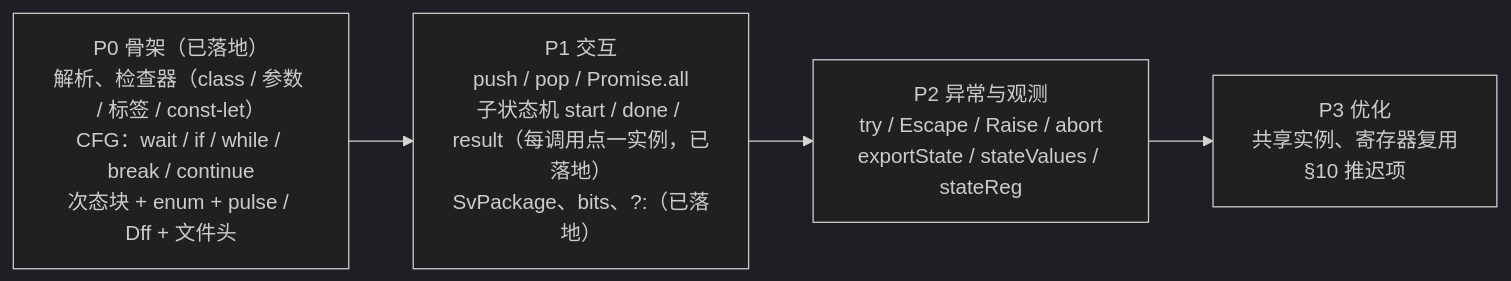
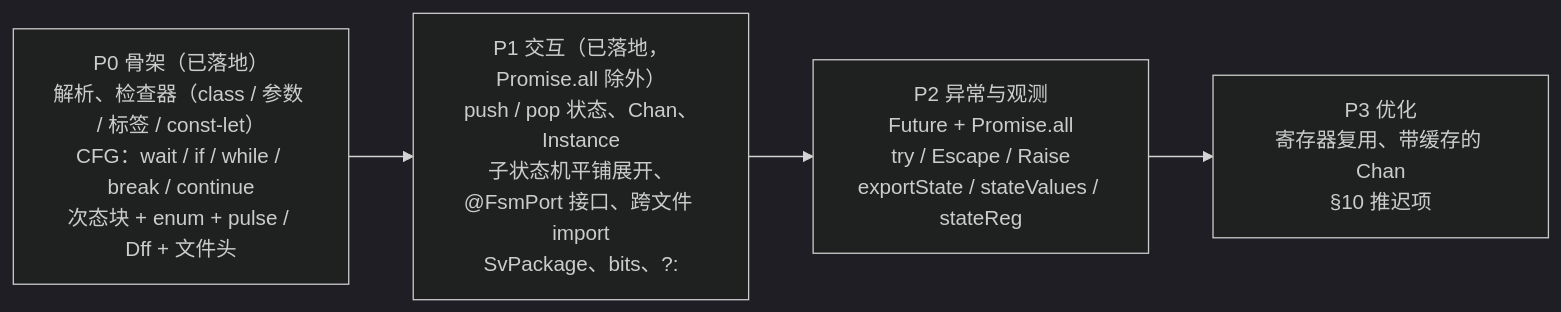
The seventh of 7 diagrams in docs/state/async-fsm.md (rede97/autowire), drawn with Mermaid (dark theme) before and after one commit. The commit also changed other lines of this file and 24 other files, not shown here.

First line of the commit message:
feat(fsm): inline sub-FSMs, push/pop states, Chan + Instance, @FsmPort interfaces, cross-file import

````diff
--- a/docs/state/async-fsm.md
+++ b/docs/state/async-fsm.md
@@ -2574,6 +2946,6 @@
 ```mermaid
 flowchart LR
-  P0["P0 骨架（已落地）<br/>解析、检查器（class / 参数 / 标签 / const-let）<br/>CFG：wait / if / while / break / continue<br/>次态块 + enum + pulse / Dff + 文件头"] --> P1["P1 交互<br/>push / pop / Promise.all<br/>子状态机 start / done / result（每调用点一实例，已落地）<br/>SvPackage、bits、?:（已落地）"]
-  P1 --> P2["P2 异常与观测<br/>try / Escape / Raise / abort<br/>exportState / stateValues / stateReg"]
-  P2 --> P3["P3 优化<br/>共享实例、寄存器复用<br/>§10 推迟项"]
+  P0["P0 骨架（已落地）<br/>解析、检查器（class / 参数 / 标签 / const-let）<br/>CFG：wait / if / while / break / continue<br/>次态块 + enum + pulse / Dff + 文件头"] --> P1["P1 交互（已落地，Promise.all 除外）<br/>push / pop 状态、Chan、Instance<br/>子状态机平铺展开、@FsmPort 接口、跨文件 import<br/>SvPackage、bits、?:"]
+  P1 --> P2["P2 异常与观测<br/>Future + Promise.all<br/>try / Escape / Raise<br/>exportState / stateValues / stateReg"]
+  P2 --> P3["P3 优化<br/>寄存器复用、带缓存的 Chan<br/>§10 推迟项"]
 ```
````
